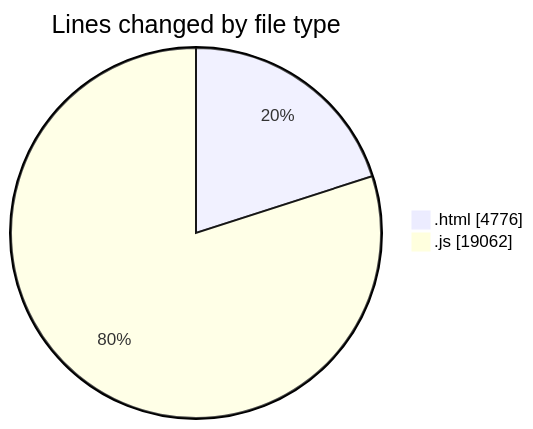
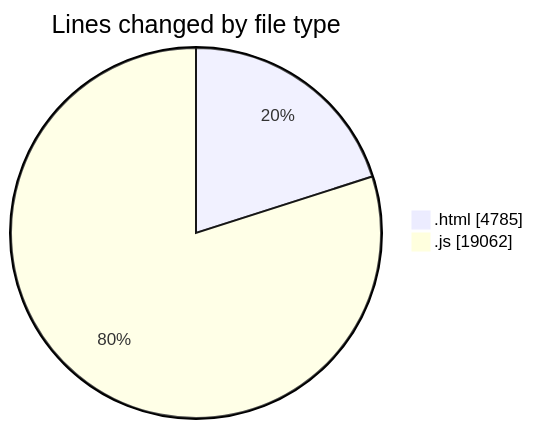
The first of 2 diagrams in 2025-04-24/enre_-_calculadora_de_consumo_v_2022_files/README.md (LanceThiago/code-tracking), drawn with Mermaid before and after one commit. The commit also changed other lines of this file and 1 other file, not shown here.

````diff
--- a/2025-04-24/enre_-_calculadora_de_consumo_v_2022_files/README.md
+++ b/2025-04-24/enre_-_calculadora_de_consumo_v_2022_files/README.md
@@ -21,6 +21,6 @@
 ```mermaid
 pie showData
 title Lines changed by file type
-".html" : 4776
+".html" : 4785
 ".js" : 19062
 ```
````
